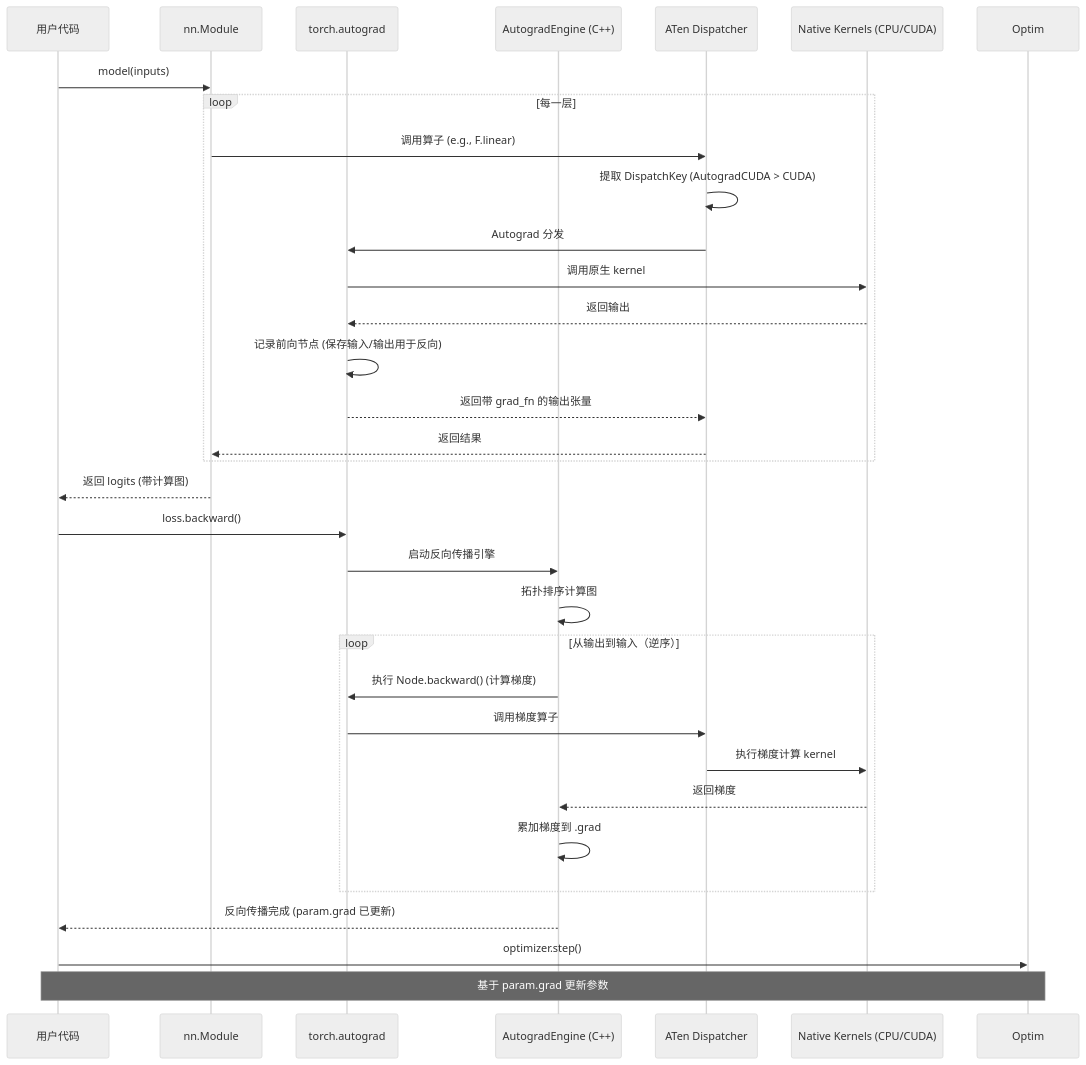
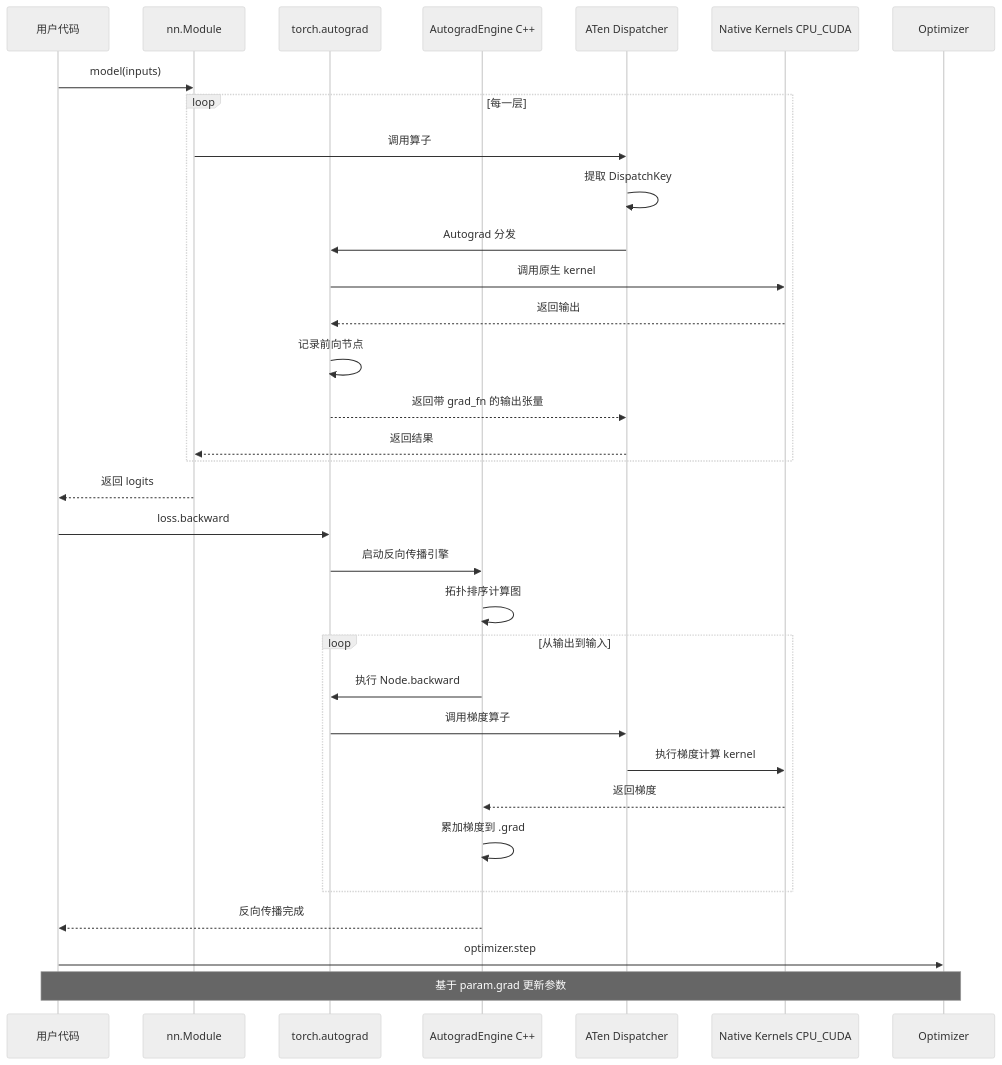
Before and after one commit to carlvinhust2012/MyStudy: the first of 8 diagrams in AI Infra相关/Pytorch/pytorch的整体框架.md, drawn with Mermaid (neutral theme). The commit also changed other lines of this file, not shown here.

````diff
--- a/AI Infra相关/Pytorch/pytorch的整体框架.md
+++ b/AI Infra相关/Pytorch/pytorch的整体框架.md
@@ -396,37 +396,38 @@
 ```mermaid
 sequenceDiagram
     participant User as 用户代码
     participant Module as nn.Module
     participant Autograd as torch.autograd
-    participant Engine as AutogradEngine (C++)
+    participant Engine as AutogradEngine C++
     participant Dispatch as ATen Dispatcher
-    participant Native as Native Kernels (CPU/CUDA)
+    participant Native as Native Kernels CPU_CUDA
+    participant Optimizer as Optimizer
 
     User->>Module: model(inputs)
     loop 每一层
-        Module->>Dispatch: 调用算子 (e.g., F.linear)
-        Dispatch->>Dispatch: 提取 DispatchKey (AutogradCUDA > CUDA)
+        Module->>Dispatch: 调用算子
+        Dispatch->>Dispatch: 提取 DispatchKey
         Dispatch->>Autograd: Autograd 分发
         Autograd->>Native: 调用原生 kernel
         Native-->>Autograd: 返回输出
-        Autograd->>Autograd: 记录前向节点 (保存输入/输出用于反向)
+        Autograd->>Autograd: 记录前向节点
         Autograd-->>Dispatch: 返回带 grad_fn 的输出张量
         Dispatch-->>Module: 返回结果
     end
-    Module-->>User: 返回 logits (带计算图)
+    Module-->>User: 返回 logits
 
-    User->>Autograd: loss.backward()
+    User->>Autograd: loss.backward
     Autograd->>Engine: 启动反向传播引擎
     Engine->>Engine: 拓扑排序计算图
-    loop 从输出到输入（逆序）
-        Engine->>Autograd: 执行 Node.backward() (计算梯度)
+    loop 从输出到输入
+        Engine->>Autograd: 执行 Node.backward
         Autograd->>Dispatch: 调用梯度算子
         Dispatch->>Native: 执行梯度计算 kernel
         Native-->>Engine: 返回梯度
         Engine->>Engine: 累加梯度到 .grad
     end
-    Engine-->>User: 反向传播完成 (param.grad 已更新)
+    Engine-->>User: 反向传播完成
 
-    User->>Optim: optimizer.step()
-    Note over User,Optim: 基于 param.grad 更新参数
+    User->>Optimizer: optimizer.step
+    Note over User,Optimizer: 基于 param.grad 更新参数
 ```
````
